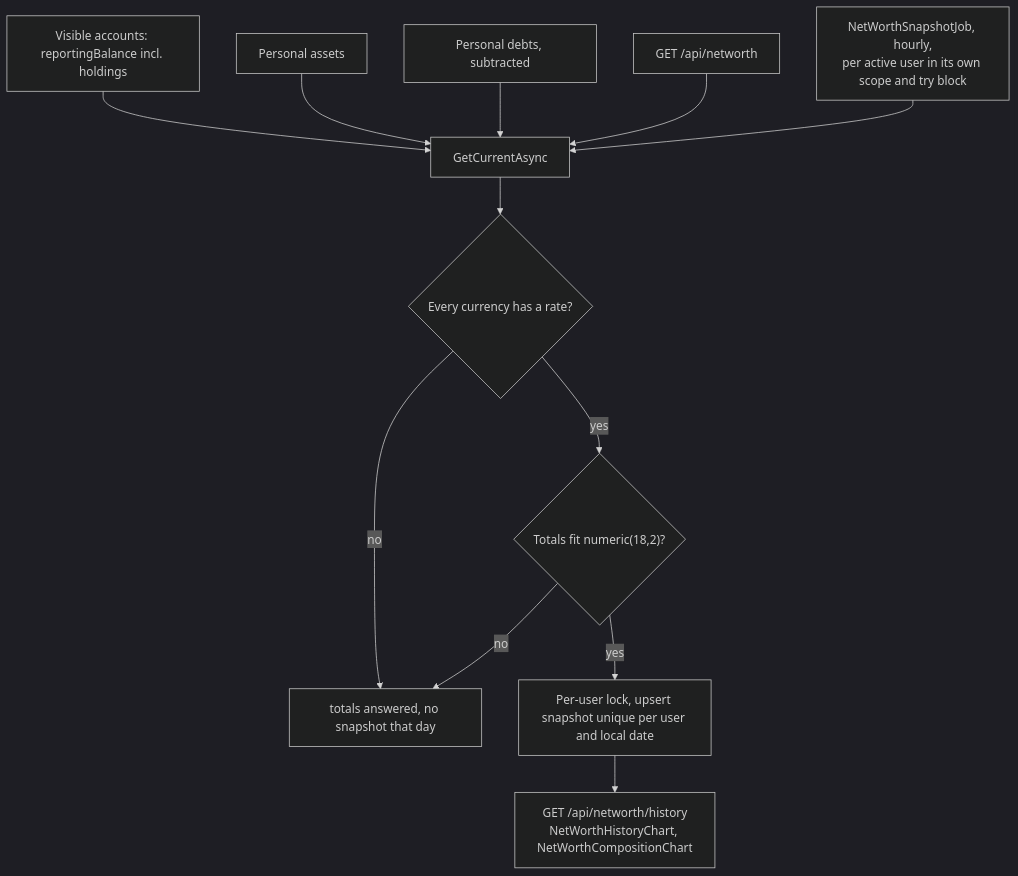
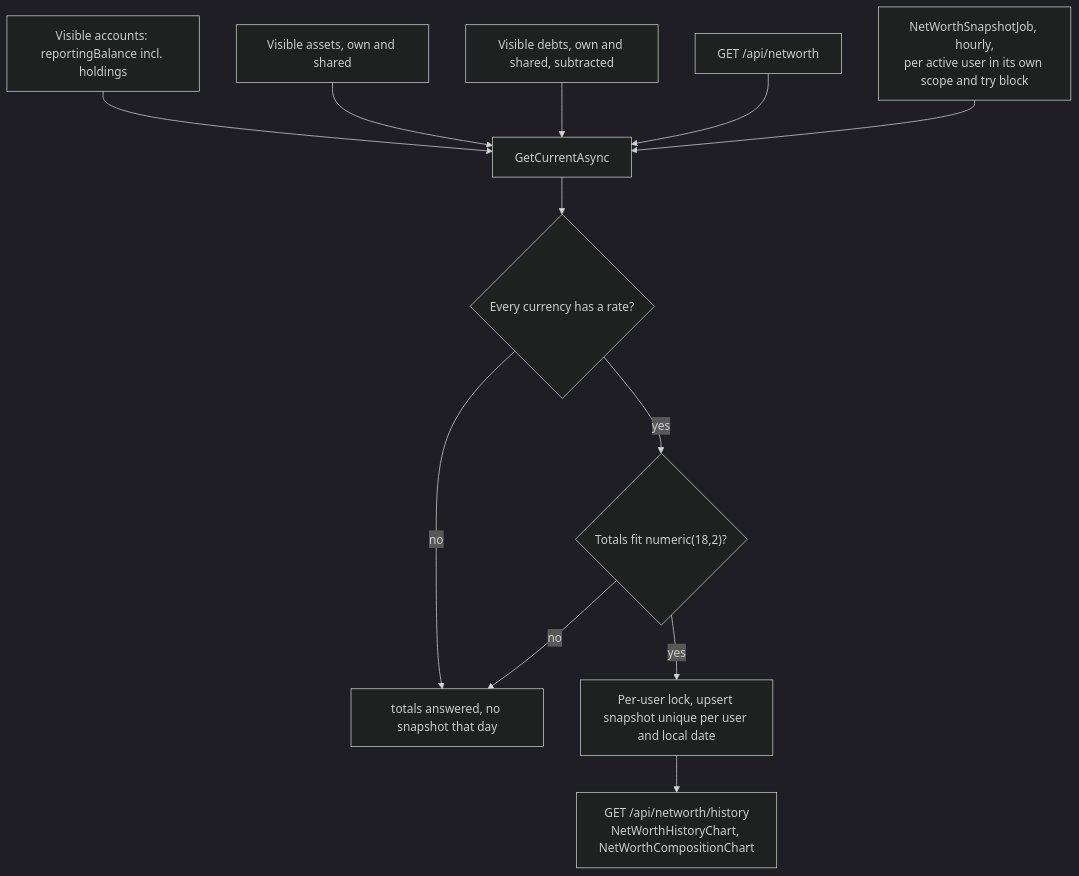
Before and after one commit to Justxs/Jx-Finance: the first of 3 diagrams in docs/features/net-worth.md, drawn with Mermaid (dark theme). The commit also changed other lines of this file and 78 other files, not shown here.

First line of the commit message:
feat(households): share assets and debts

````diff
--- a/docs/features/net-worth.md
+++ b/docs/features/net-worth.md
@@ -7,14 +7,14 @@
 ```mermaid
 flowchart TD
     Acc["Visible accounts: reportingBalance incl. holdings"] --> Total
-    Assets["Personal assets"] --> Total
-    Debts["Personal debts, subtracted"] --> Total["GetCurrentAsync"]
+    Assets["Visible assets, own and shared"] --> Total
+    Debts["Visible debts, own and shared, subtracted"] --> Total["GetCurrentAsync"]
     View["GET /api/networth"] --> Total
     Job["NetWorthSnapshotJob, hourly,<br/>per active user in its own scope and try block"] --> Total
     Total --> Rate{"Every currency has a rate?"}
     Rate -->|"no"| NoSnap["totals answered, no snapshot that day"]
     Rate -->|"yes"| Fit{"Totals fit numeric(18,2)?"}
     Fit -->|"no"| NoSnap
     Fit -->|"yes"| Upsert["Per-user lock, upsert snapshot unique per user and local date"]
     Upsert --> Hist["GET /api/networth/history<br/>NetWorthHistoryChart, NetWorthCompositionChart"]
 ```
````
